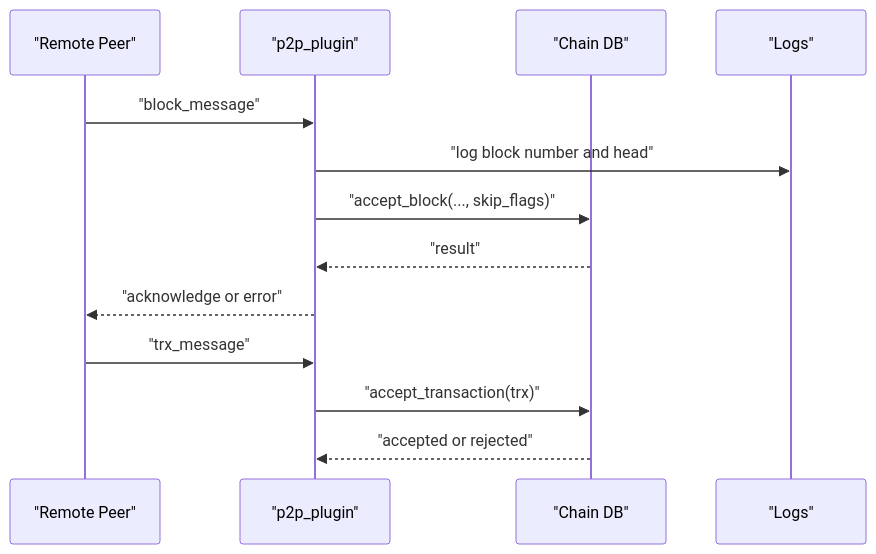
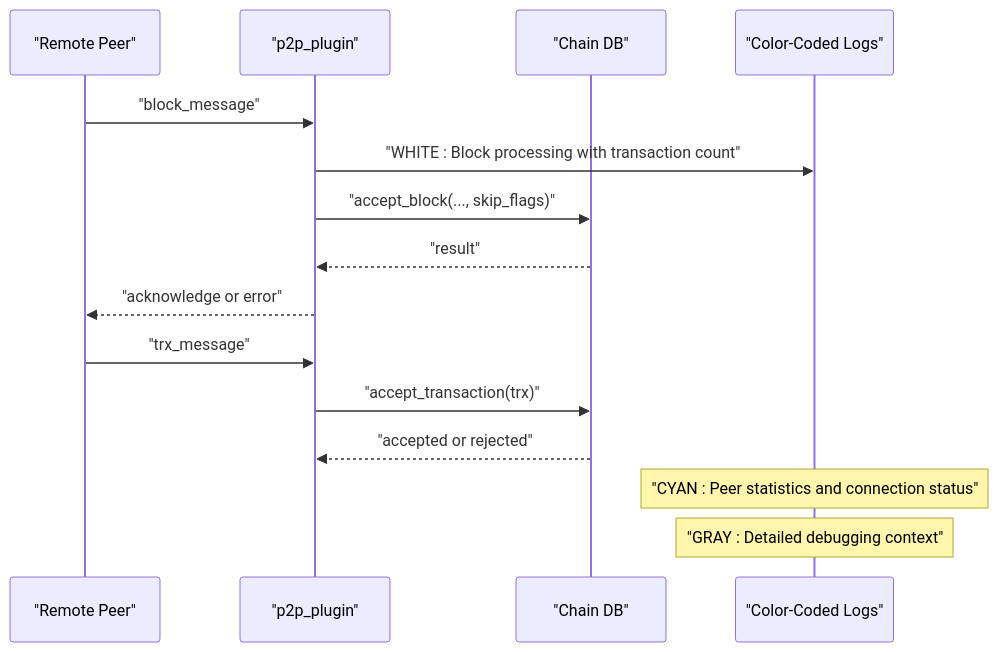
Before and after one commit to VIZ-Blockchain/viz-cpp-node: the fifth of 8 diagrams in .qoder/repowiki/en/content/Development Tools/Debugging Tools/Debugging Tools.md, drawn with Mermaid. The commit also changed other lines of this file and 3 other files, not shown here.

````diff
--- a/.qoder/repowiki/en/content/Development Tools/Debugging Tools/Debugging Tools.md
+++ b/.qoder/repowiki/en/content/Development Tools/Debugging Tools/Debugging Tools.md
@@ -237,15 +262,17 @@
 ```mermaid
 sequenceDiagram
 participant Peer as "Remote Peer"
 participant P2P as "p2p_plugin"
 participant Chain as "Chain DB"
-participant Log as "Logs"
+participant Log as "Color-Coded Logs"
 Peer->>P2P : "block_message"
-P2P->>Log : "log block number and head"
+P2P->>Log : "WHITE : Block processing with transaction count"
 P2P->>Chain : "accept_block(..., skip_flags)"
 Chain-->>P2P : "result"
 P2P-->>Peer : "acknowledge or error"
 Peer->>P2P : "trx_message"
 P2P->>Chain : "accept_transaction(trx)"
 Chain-->>P2P : "accepted or rejected"
+Note over Log : "CYAN : Peer statistics and connection status"
+Note over Log : "GRAY : Detailed debugging context"
 ```
````
